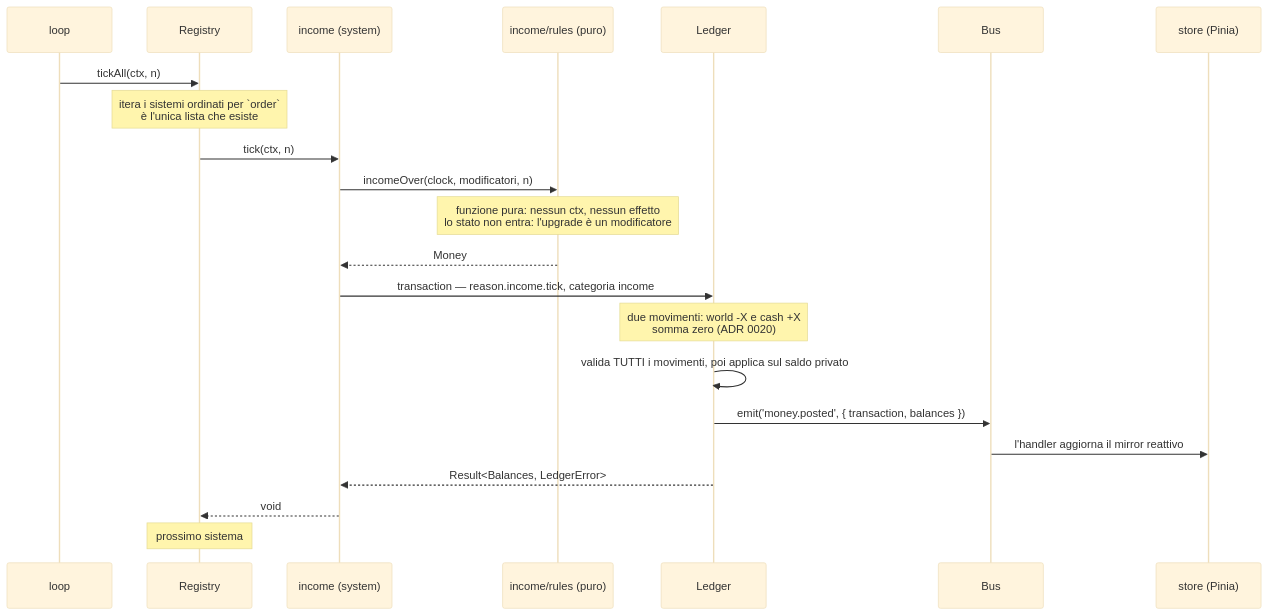
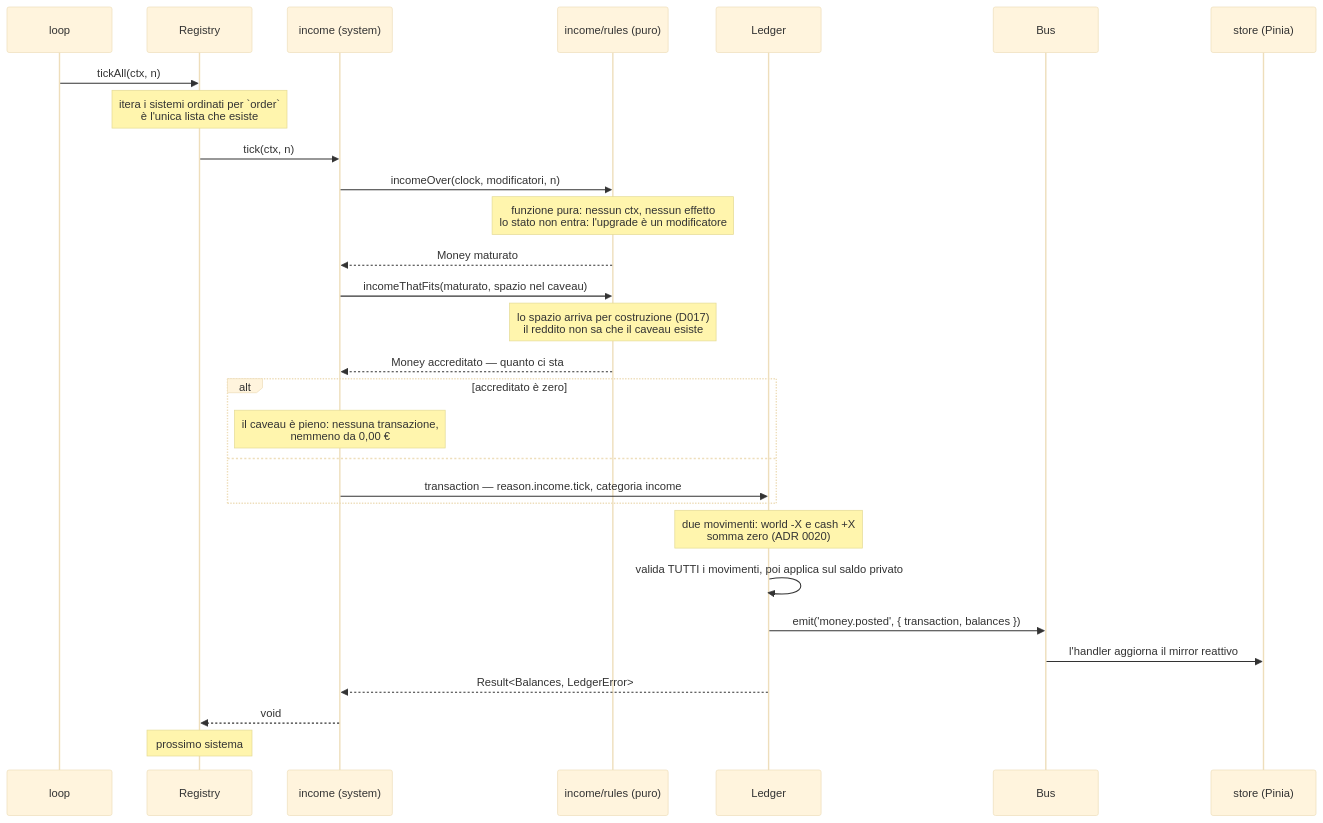
The second of 3 diagrams in docs/design/flusso-tick.md (devfrx/solvent), drawn with Mermaid (base theme) before and after one commit. The commit also changed other lines of this file and 20 other files, not shown here.

````diff
--- a/docs/design/flusso-tick.md
+++ b/docs/design/flusso-tick.md
@@ -45,25 +45,32 @@
 ```mermaid
 sequenceDiagram
     participant L as loop
     participant R as Registry
     participant S as income (system)
     participant P as income/rules (puro)
     participant LG as Ledger
     participant B as Bus
     participant ST as store (Pinia)
 
     L->>R: tickAll(ctx, n)
     Note over R: itera i sistemi ordinati per `order`<br/>è l'unica lista che esiste
     R->>S: tick(ctx, n)
     S->>P: incomeOver(clock, modificatori, n)
     Note over P: funzione pura: nessun ctx, nessun effetto<br/>lo stato non entra: l'upgrade è un modificatore
-    P-->>S: Money
-    S->>LG: transaction — reason.income.tick, categoria income
+    P-->>S: Money maturato
+    S->>P: incomeThatFits(maturato, spazio nel caveau)
+    Note over P: lo spazio arriva per costruzione (D017)<br/>il reddito non sa che il caveau esiste
+    P-->>S: Money accreditato — quanto ci sta
+    alt accreditato è zero
+        Note over S: il caveau è pieno: nessuna transazione,<br/>nemmeno da 0,00 €
+    else
+        S->>LG: transaction — reason.income.tick, categoria income
+    end
     Note over LG: due movimenti: world -X e cash +X<br/>somma zero (ADR 0020)
     LG->>LG: valida TUTTI i movimenti, poi applica sul saldo privato
     LG->>B: emit('money.posted', { transaction, balances })
     B->>ST: l'handler aggiorna il mirror reattivo
     LG-->>S: Result<Balances, LedgerError>
     S-->>R: void
     Note over R: prossimo sistema
 ```
````
